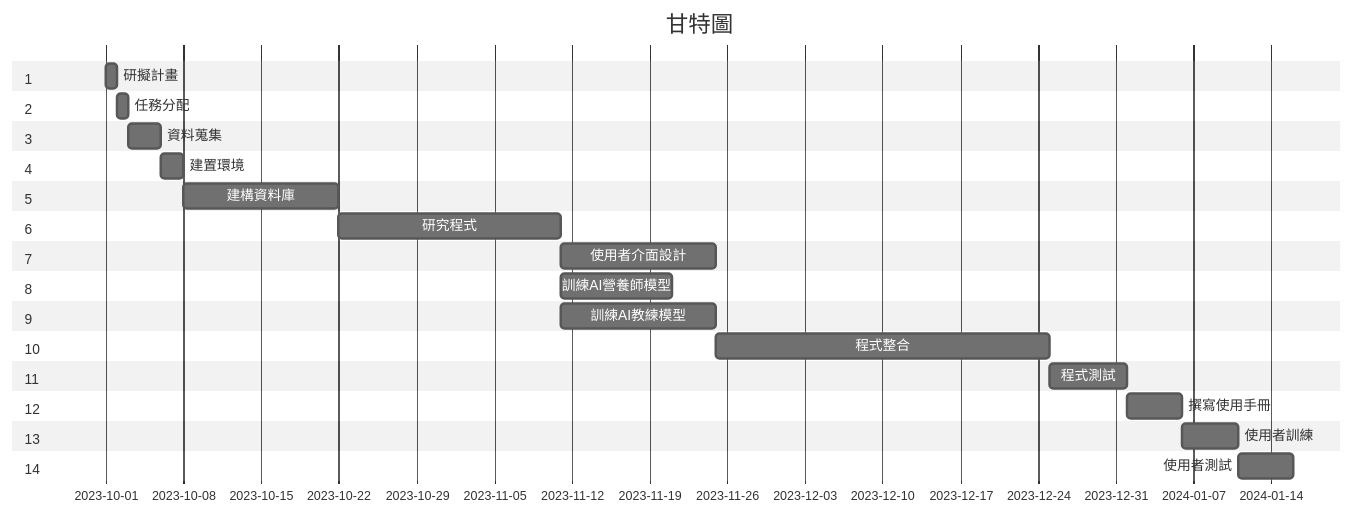
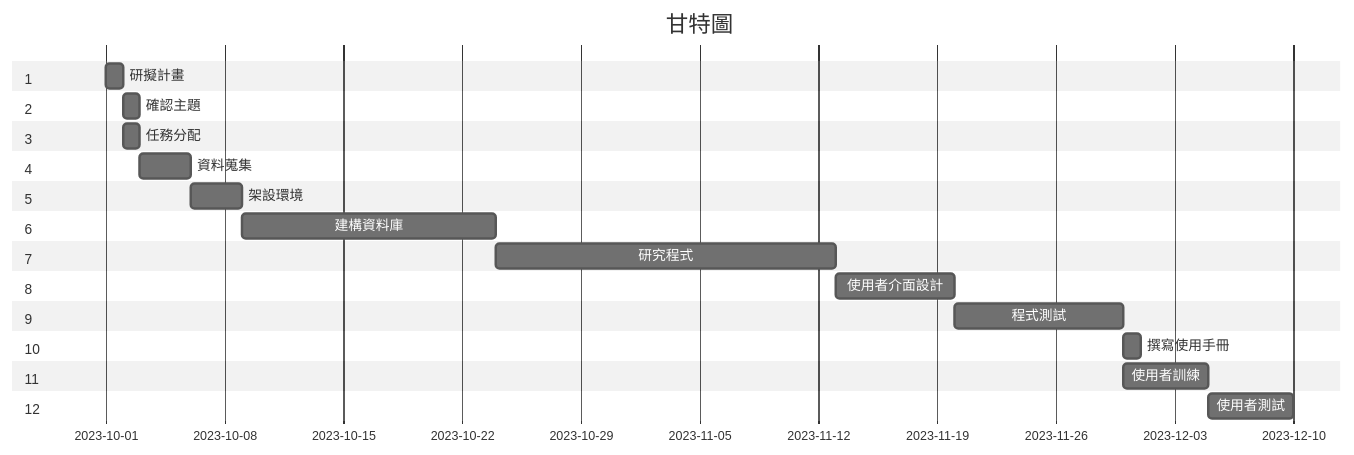
The diagram in work2.md (W0WANG/G4), drawn with Mermaid (neutral theme) before and after one commit.

````diff
--- a/work2.md
+++ b/work2.md
@@ -6,34 +6,30 @@
 ```mermaid
 gantt
     title 甘特圖
 
     section 1
-    研擬計畫           :a1, 2023-10-01, 1d
+    研擬計畫       :a1, 2023-10-01, 1d
     section 2
-    任務分配      :a2, after a1  , 1d
+    確認主題       :a2, after a1, 1d
     section 3
-    資料蒐集      :a3, after a2  , 3d
+    任務分配      :a3, after a1  , 1d
     section 4
-    建置環境      :a4, after a3  , 2d
+    資料蒐集      :a4, after a3  , 3d
     section 5
-    建構資料庫      :a5, after a4  , 14d
+    架設環境      :a5, after a4  , 3d
     section 6
-    研究程式      :a6, after a5  , 20d
+    建構資料庫      :a6, after a5, 15d
     section 7
-    使用者介面設計      :a7, after a6  , 14d
+    研究程式      :a7, after a6, 20d
     section 8
-    訓練AI營養師模型      :a8, after a5 and a6  , 10d
+    使用者介面設計     :a8, after a7, 7d
     section 9
-    訓練AI教練模型      :a9, after a5 and a6  , 14d
+    程式測試      :a9, after a8, 10d
     section 10
-    程式整合      :a10, after a7 and a8 and a9  , 30d
+    撰寫使用手冊      :a10, after a9, 1d
     section 11
-    程式測試      :a11, after a10  , 7d
+    使用者訓練      : a11,after a9, 5d
     section 12
-    撰寫使用手冊      :a12, after a11  , 5d
-    section 13
-    使用者訓練      : a13 ,after a12 ,5d
-    section 14
-    使用者測試      : a14 ,after a13 ,5d
+    使用者測試      : a12,after a11,5d
 
 ```
````
